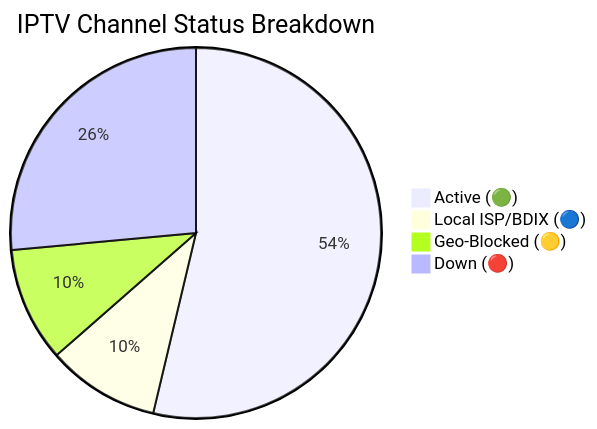
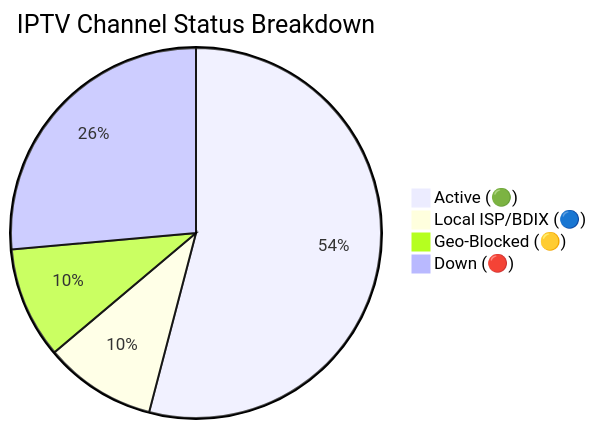
One commit to Zaman-Topu/Ip-tv-Collection changed the diagram in README.md. Above: the diagram before and after it, drawn with Mermaid. The commit also changed other lines of this file and 6 other files, not shown here.

````diff
--- a/README.md
+++ b/README.md
@@ -149,7 +149,7 @@
 ```mermaid
 pie title IPTV Channel Status Breakdown
-    "Active (🟢)" : 9185
-    "Local ISP/BDIX (🔵)" : 1681
-    "Geo-Blocked (🟡)" : 1707
-    "Down (🔴)" : 4527
+    "Active (🟢)" : 9250
+    "Local ISP/BDIX (🔵)" : 1673
+    "Geo-Blocked (🟡)" : 1665
+    "Down (🔴)" : 4518
 ```
````
